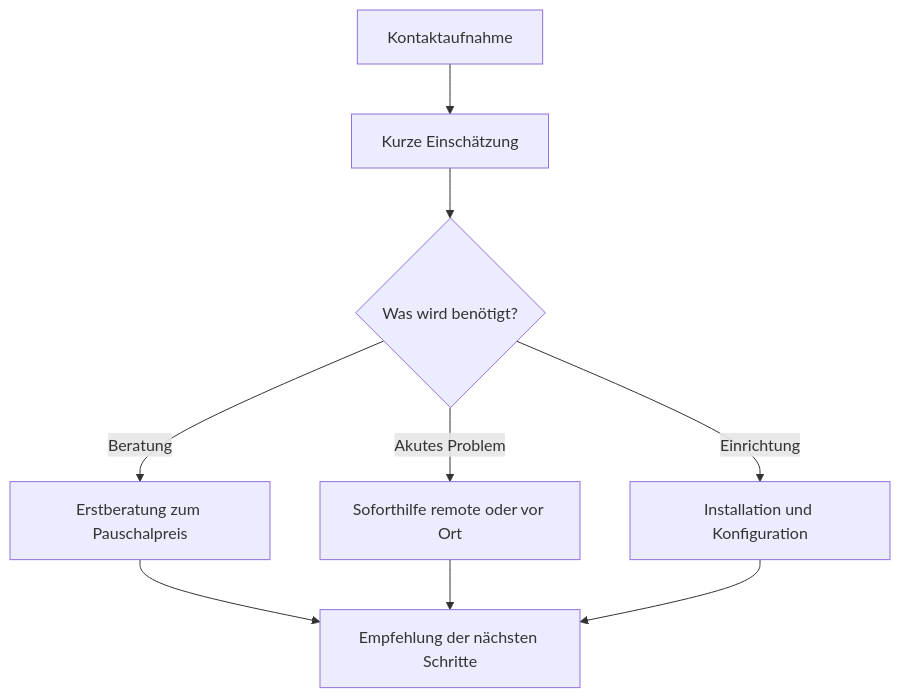
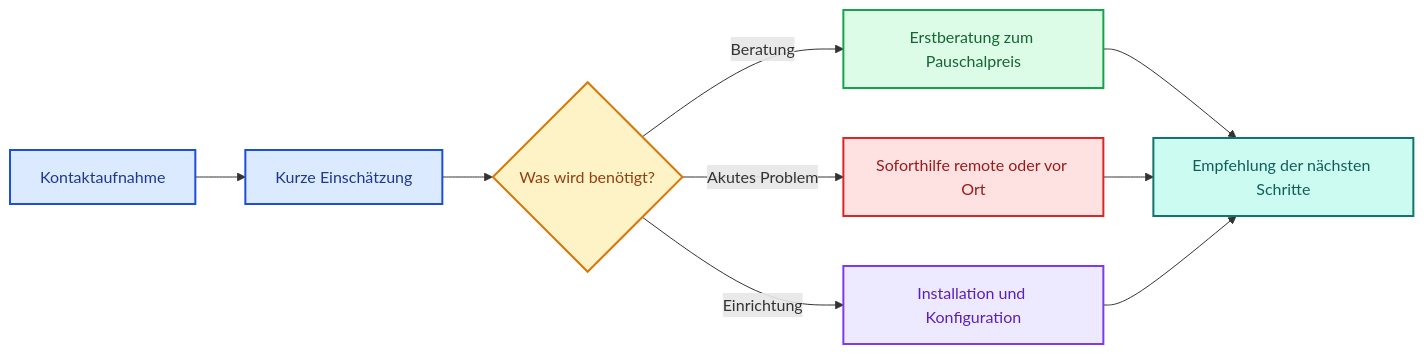
Before and after one commit to macromeer/macromeer.github.io: the diagram in README.md, drawn with Mermaid.

````diff
--- a/README.md
+++ b/README.md
@@ -38,11 +38,25 @@
 ```mermaid
-flowchart TD
+flowchart LR
     A[Kontaktaufnahme] --> B[Kurze Einschätzung]
     B --> C{Was wird benötigt?}
     C -->|Beratung| D[Erstberatung zum Pauschalpreis]
     C -->|Akutes Problem| E[Soforthilfe remote oder vor Ort]
     C -->|Einrichtung| F[Installation und Konfiguration]
     D --> G[Empfehlung der nächsten Schritte]
     E --> G
     F --> G
+
+    classDef start fill:#dbeafe,stroke:#1d4ed8,color:#1e3a8a,stroke-width:2px;
+    classDef decision fill:#fef3c7,stroke:#d97706,color:#92400e,stroke-width:2px;
+    classDef consult fill:#dcfce7,stroke:#16a34a,color:#166534,stroke-width:2px;
+    classDef urgent fill:#fee2e2,stroke:#dc2626,color:#991b1b,stroke-width:2px;
+    classDef setup fill:#ede9fe,stroke:#7c3aed,color:#5b21b6,stroke-width:2px;
+    classDef result fill:#ccfbf1,stroke:#0f766e,color:#115e59,stroke-width:2px;
+
+    class A,B start;
+    class C decision;
+    class D consult;
+    class E urgent;
+    class F setup;
+    class G result;
 ```
````
